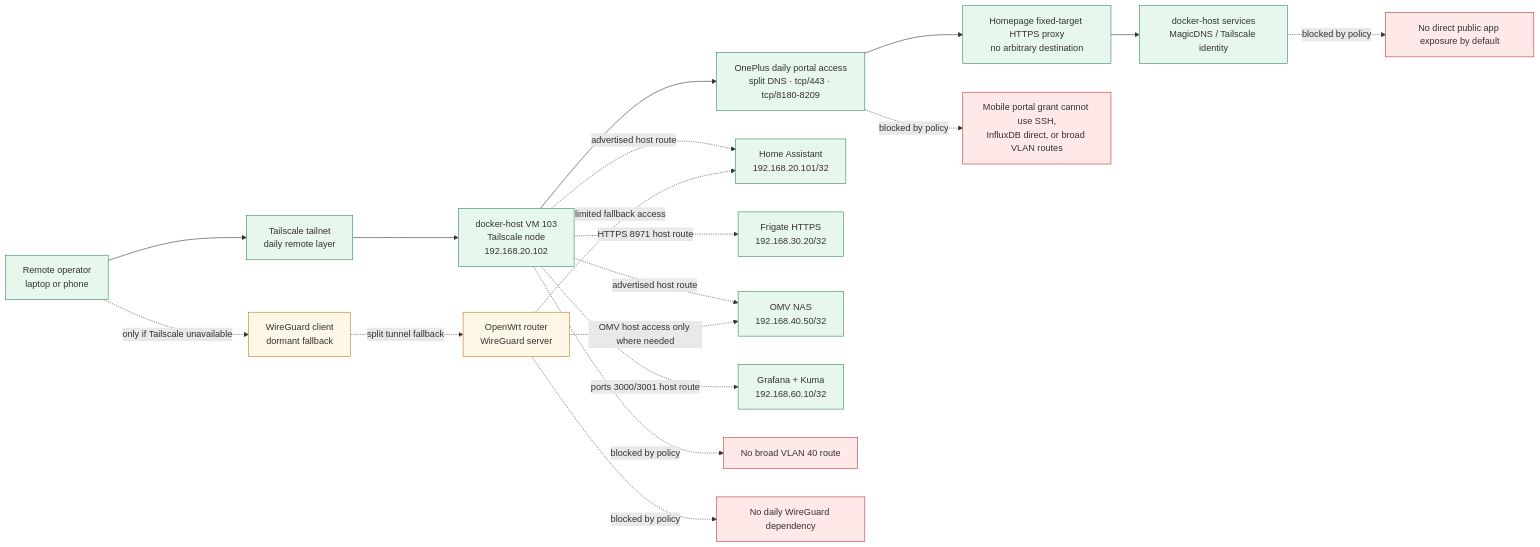
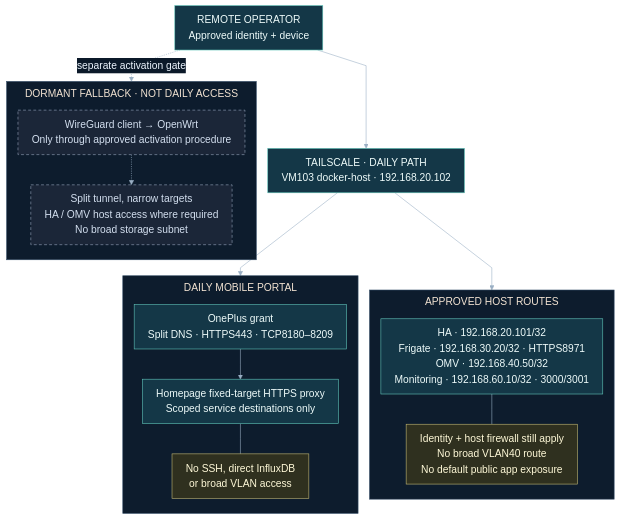
The diagram in main/docs/diagrams/network/remote-access-flow.mermaid (Nysplaidame/home-automation-project), drawn with Mermaid before and after one commit. The commit also changed 18 other files, not shown here.

Commit message:
docs(diagrams): simplify architecture views

```diff
--- a/main/docs/diagrams/network/remote-access-flow.mermaid
+++ b/main/docs/diagrams/network/remote-access-flow.mermaid
@@ -1,44 +1,34 @@
-flowchart LR
-    RemoteUser["Remote operator<br/>laptop or phone"]
-    Tailnet["Tailscale tailnet<br/>daily remote layer"]
-    DockerHost["docker-host VM 103<br/>Tailscale node<br/>192.168.20.102"]
-    MobilePortal["OnePlus daily portal access<br/>split DNS · tcp/443 · tcp/8180-8209"]
-    FixedProxy["Homepage fixed-target HTTPS proxy<br/>no arbitrary destination"]
-    HA["Home Assistant<br/>192.168.20.101/32"]
-    Frigate["Frigate HTTPS<br/>192.168.30.20/32"]
-    OMV["OMV NAS<br/>192.168.40.50/32"]
-    Monitoring["Grafana + Kuma<br/>192.168.60.10/32"]
-    DockerServices["docker-host services<br/>MagicDNS / Tailscale identity"]
-    Router["OpenWrt router<br/>WireGuard server"]
-    WGClient["WireGuard client<br/>dormant fallback"]
+%%{init: {"theme":"base","fontFamily":"Segoe UI, sans-serif","themeVariables":{"primaryColor":"#123044","primaryTextColor":"#eef6ff","primaryBorderColor":"#58b7bf","lineColor":"#9aafc4","clusterBkg":"#0d1c2d","clusterBorder":"#38516b","tertiaryColor":"#0d1c2d","edgeLabelBackground":"#0b1929","fontFamily":"Segoe UI, sans-serif","fontSize":"18px"},"flowchart":{"curve":"linear","nodeSpacing":20,"rankSpacing":28,"padding":12,"subGraphTitleMargin":{"top":8,"bottom":16},"wrappingWidth":380,"useMaxWidth":false}}}%%
+flowchart TB
+    Remote["REMOTE OPERATOR<br/>Approved identity + device"] --> Tailnet["TAILSCALE · DAILY PATH<br/>VM103 docker-host · 192.168.20.102"]
+    subgraph Portal["DAILY MOBILE PORTAL"]
+        direction TB
+        Grant["OnePlus grant<br/>Split DNS · HTTPS443 · TCP8180–8209"]
+        Proxy["Homepage fixed-target HTTPS proxy<br/>Scoped service destinations only"]
+        PortalLimit["No SSH, direct InfluxDB<br/>or broad VLAN access"]
+        Grant --> Proxy
+        Proxy --- PortalLimit
+    end
+    subgraph Admin["APPROVED HOST ROUTES"]
+        direction TB
+        Routes["HA · 192.168.20.101/32<br/>Frigate · 192.168.30.20/32 · HTTPS8971<br/>OMV · 192.168.40.50/32<br/>Monitoring · 192.168.60.10/32 · 3000/3001"]
+        RouteLimit["Identity + host firewall still apply<br/>No broad VLAN40 route<br/>No default public app exposure"]
+        Routes --- RouteLimit
+    end
+    subgraph Fallback["DORMANT FALLBACK · NOT DAILY ACCESS"]
+        direction TB
+        WG["WireGuard client → OpenWrt<br/>Only through approved activation procedure"]
+        WGScope["Split tunnel, narrow targets<br/>HA / OMV host access where required<br/>No broad storage subnet"]
+        WG -.-> WGScope
+    end
+    Tailnet --> Portal
+    Tailnet --> Admin
+    Remote -.->|"separate activation gate"| Fallback
+    class Remote,Tailnet,Grant,Proxy,Routes core
+    class PortalLimit,RouteLimit policy
+    class WG,WGScope deferred
 
-    RemoteUser --> Tailnet
-    Tailnet --> DockerHost
-    DockerHost --> MobilePortal --> FixedProxy --> DockerServices
-    DockerHost -.->|"advertised host route"| HA
-    DockerHost -.->|"HTTPS 8971 host route"| Frigate
-    DockerHost -.->|"advertised host route"| OMV
-    DockerHost -.->|"ports 3000/3001 host route"| Monitoring
-
-    RemoteUser -.->|"only if Tailscale unavailable"| WGClient
-    WGClient -.->|"split tunnel fallback"| Router
-    Router -.->|"limited fallback access"| HA
-    Router -.->|"OMV host access only where needed"| OMV
-
-    Blocked1["No broad VLAN 40 route"]
-    Blocked2["No daily WireGuard dependency"]
-    Blocked3["No direct public app exposure by default"]
-    Blocked4["Mobile portal grant cannot use SSH,<br/>InfluxDB direct, or broad VLAN routes"]
-
-    DockerHost -.->|"blocked by policy"| Blocked1
-    Router -.->|"blocked by policy"| Blocked2
-    DockerServices -.->|"blocked by policy"| Blocked3
-    MobilePortal -.->|"blocked by policy"| Blocked4
-
-    classDef allowed fill:#e8f7ee,stroke:#2f855a,stroke-width:1px
-    classDef fallback fill:#fff7e6,stroke:#b7791f,stroke-width:1px
-    classDef blocked fill:#ffe8e8,stroke:#c53030,stroke-width:1px
-
-    class RemoteUser,Tailnet,DockerHost,MobilePortal,FixedProxy,HA,Frigate,OMV,Monitoring,DockerServices allowed
-    class Router,WGClient fallback
-    class Blocked1,Blocked2,Blocked3,Blocked4 blocked
+    classDef core fill:#143747,stroke:#63c9bd,color:#eefbfa
+    classDef store fill:#292745,stroke:#aa99db,color:#f2edff
+    classDef policy fill:#2f301f,stroke:#c7bc77,color:#fff9d8
+    classDef deferred fill:#1b2638,stroke:#9dabc1,color:#d3dfef,stroke-dasharray:5 4
```
